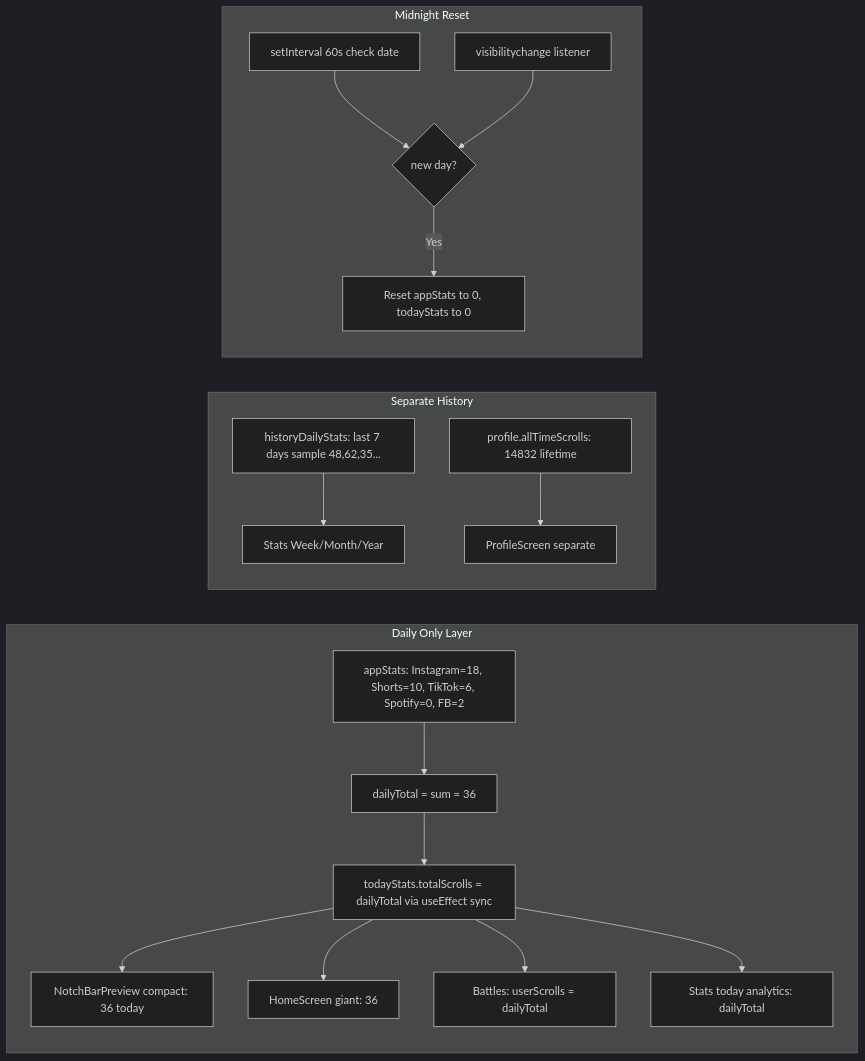
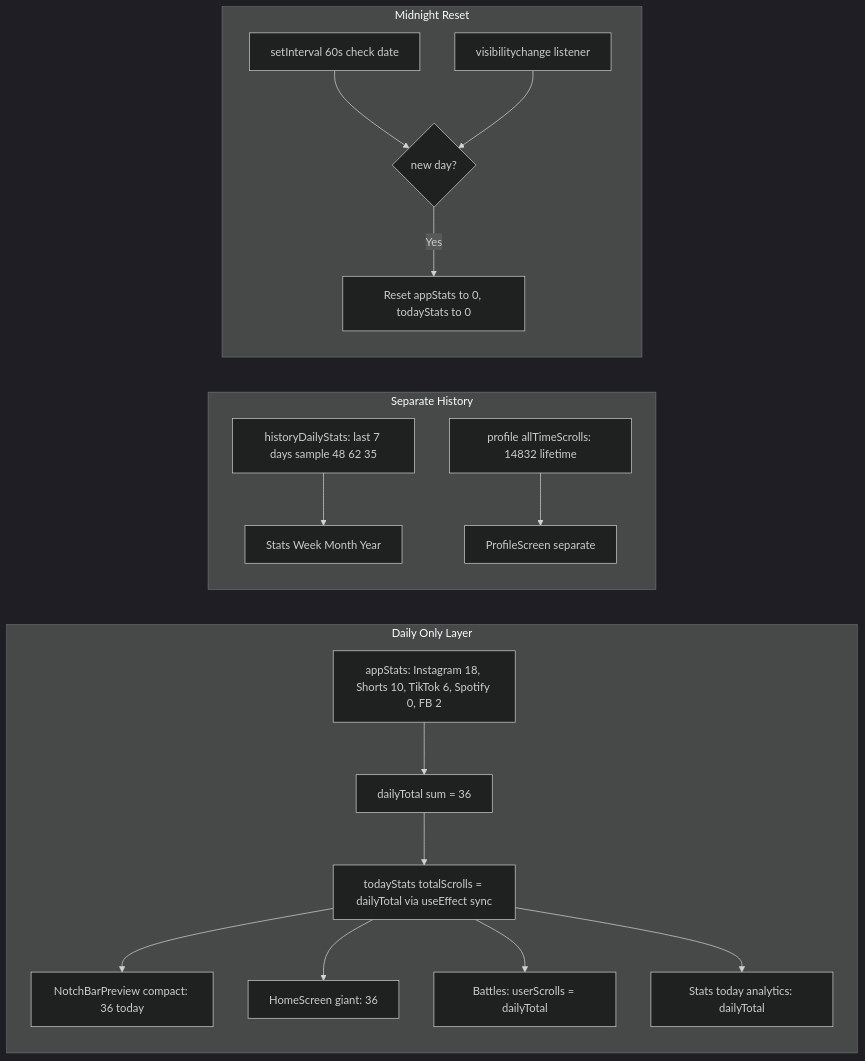
One commit to jarifansathaorko/Scrolly changed the second of 6 diagrams in README.md. Above: the diagram before and after it, drawn with Mermaid (dark theme). The commit also changed other lines of this file, not shown here.

First line of the commit message:
docs: fix mermaid diagrams for GitHub rendering

````diff
--- a/README.md
+++ b/README.md
@@ -59,20 +59,20 @@
 ```mermaid
 flowchart LR
-    subgraph DailyOnly [Daily Only Layer]
-        A[appStats: Instagram=18, Shorts=10, TikTok=6, Spotify=0, FB=2] --> B[dailyTotal = sum = 36]
-        B --> C[todayStats.totalScrolls = dailyTotal via useEffect sync]
-        C --> D[NotchBarPreview compact: 36 today]
-        C --> E[HomeScreen giant: 36]
-        C --> F[Battles: userScrolls = dailyTotal]
-        C --> G[Stats today analytics: dailyTotal]
+    subgraph DailyOnly ["Daily Only Layer"]
+        A["appStats: Instagram 18, Shorts 10, TikTok 6, Spotify 0, FB 2"] --> B["dailyTotal sum = 36"]
+        B --> C["todayStats totalScrolls = dailyTotal via useEffect sync"]
+        C --> D["NotchBarPreview compact: 36 today"]
+        C --> E["HomeScreen giant: 36"]
+        C --> F["Battles: userScrolls = dailyTotal"]
+        C --> G["Stats today analytics: dailyTotal"]
     end
-    subgraph History [Separate History]
-        H[historyDailyStats: last 7 days sample 48,62,35...] --> I[Stats Week/Month/Year]
-        J[profile.allTimeScrolls: 14832 lifetime] --> K[ProfileScreen separate]
+    subgraph History ["Separate History"]
+        H["historyDailyStats: last 7 days sample 48 62 35"] --> I["Stats Week Month Year"]
+        J["profile allTimeScrolls: 14832 lifetime"] --> K["ProfileScreen separate"]
     end
-    subgraph Reset [Midnight Reset]
-        L[setInterval 60s check date] --> M{new day?}
-        N[visibilitychange listener] --> M
-        M -->|Yes| O[Reset appStats to 0, todayStats to 0]
+    subgraph Reset ["Midnight Reset"]
+        L["setInterval 60s check date"] --> M{"new day?"}
+        N["visibilitychange listener"] --> M
+        M -->|Yes| O["Reset appStats to 0, todayStats to 0"]
     end
 ```
````
